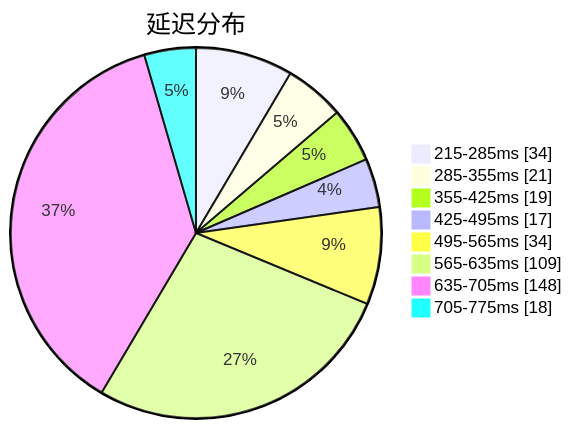
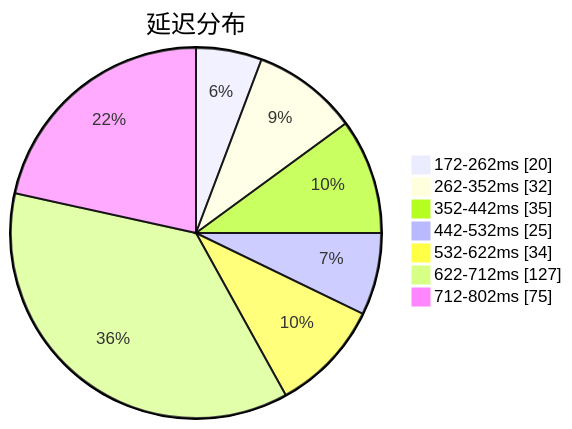
Before and after one commit to qjlxg/airport: the first of 3 diagrams in subs/statistics/tested_within.md, drawn with Mermaid. The commit also changed other lines of this file and 2 other files, not shown here.

Commit message:
Tested by metaST

````diff
--- a/subs/statistics/tested_within.md
+++ b/subs/statistics/tested_within.md
@@ -2,12 +2,11 @@
 ```mermaid
 pie showData
 title 延迟分布
-"215-285ms" : 34
-"285-355ms" : 21
-"355-425ms" : 19
-"425-495ms" : 17
-"495-565ms" : 34
-"565-635ms" : 109
-"635-705ms" : 148
-"705-775ms" : 18
+"172-262ms" : 20
+"262-352ms" : 32
+"352-442ms" : 35
+"442-532ms" : 25
+"532-622ms" : 34
+"622-712ms" : 127
+"712-802ms" : 75
 ```
````
